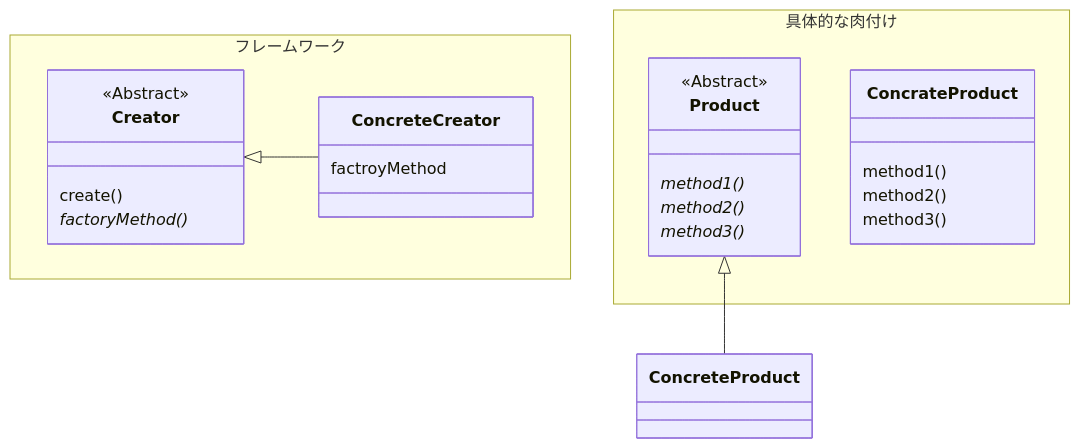
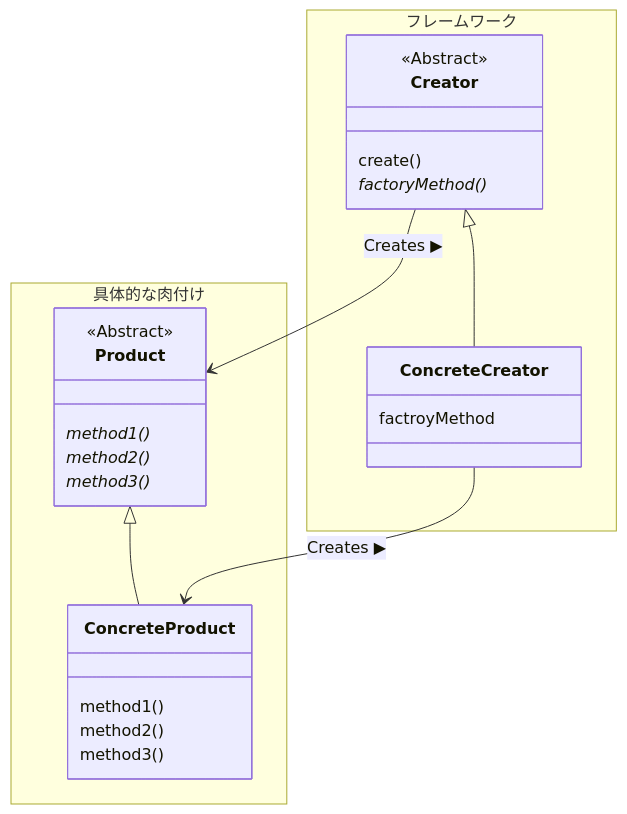
One commit to nonsugar-go/study changed the diagram in programming/ood/design-patterns/factory-method.md. Above: the diagram before and after it, drawn with Mermaid.

````diff
--- a/programming/ood/design-patterns/factory-method.md
+++ b/programming/ood/design-patterns/factory-method.md
@@ -2,28 +2,30 @@
 ```mermaid
 classDiagram
     Creator <|-- ConcreteCreator
     Product <|-- ConcreteProduct
+    Creator --> Product : Creates ▶
+    ConcreteCreator --> ConcreteProduct : Creates ▶
     namespace フレームワーク {
         class Creator{
             <<Abstract>>
             create() 
             factoryMethod()*
         }
         class ConcreteCreator{
             factroyMethod
         }
     }
     namespace 具体的な肉付け {
         class Product{
             <<Abstract>>
             method1()*
             method2()*
             method3()*
         }
-        class ConcrateProduct{
+        class ConcreteProduct{
             method1()
             method2()
             method3()
         }
     }
 ```
````
